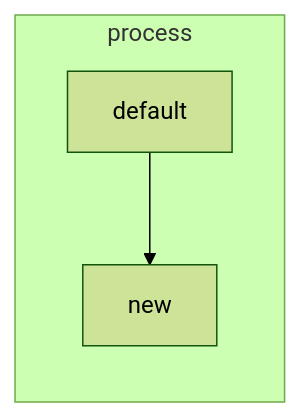
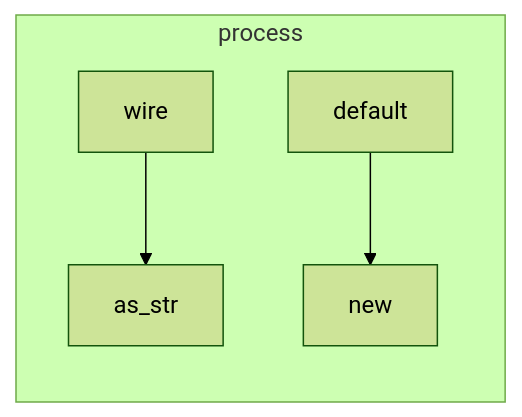
One commit to RyanGuild/self-describing-code changed the third of 3 diagrams in docs/self-model/robby_ir/process/index.md. Above: the diagram before and after it, drawn with Mermaid (forest theme). The commit also changed other lines of this file and 747 other files, not shown here.

````diff
--- a/docs/self-model/robby_ir/process/index.md
+++ b/docs/self-model/robby_ir/process/index.md
@@ -76,9 +81,12 @@
 ```mermaid
 flowchart TB
     subgraph n_f5e61214f719e7ae["process"]
         direction TB
+        n_e7a741a6cec5a5a8["as_str"]
         n_043f1293c7ad8c3c["default"]
         n_9aae883b9b569ac9["new"]
+        n_09b9bef2ec7f54ef["wire"]
     end
     n_043f1293c7ad8c3c --> n_9aae883b9b569ac9
+    n_09b9bef2ec7f54ef --> n_e7a741a6cec5a5a8
 ```
````
